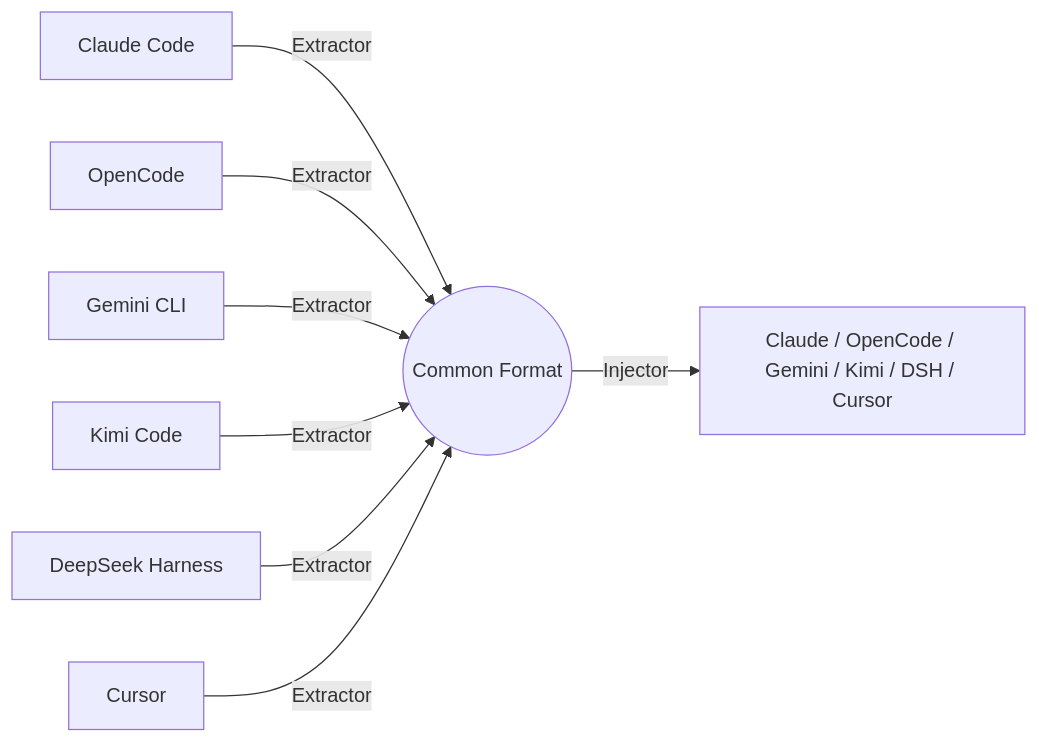
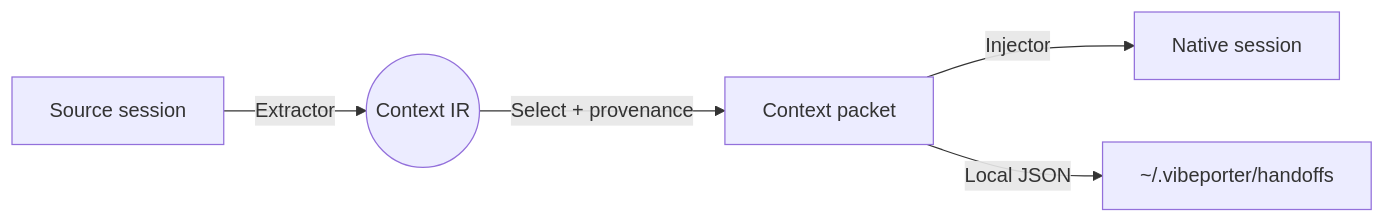
One commit to iamvxrn/vibeporter changed the diagram in website/docs/overview.md. Above: the diagram before and after it, drawn with Mermaid. The commit also changed other lines of this file and 4 other files, not shown here.

First line of the commit message:
Update the site landing, overview, and SEO to local portable context.

````diff
--- a/website/docs/overview.md
+++ b/website/docs/overview.md
@@ -17,10 +19,7 @@
 ```mermaid
 graph LR
-    A[Claude Code] -->|Extractor| IR((Common Format))
-    B[OpenCode] -->|Extractor| IR
-    C[Gemini CLI] -->|Extractor| IR
-    K[Kimi Code] -->|Extractor| IR
-    DSH[DeepSeek Harness] -->|Extractor| IR
-    Cur[Cursor] -->|Extractor| IR
-    IR -->|Injector| D[Claude / OpenCode / Gemini / Kimi / DSH / Cursor]
+    A[Source session] -->|Extractor| IR((Context IR))
+    IR -->|Select + provenance| P[Context packet]
+    P -->|Injector| B[Native session]
+    P -->|Local JSON| M[~/.vibeporter/handoffs]
 ```
````
